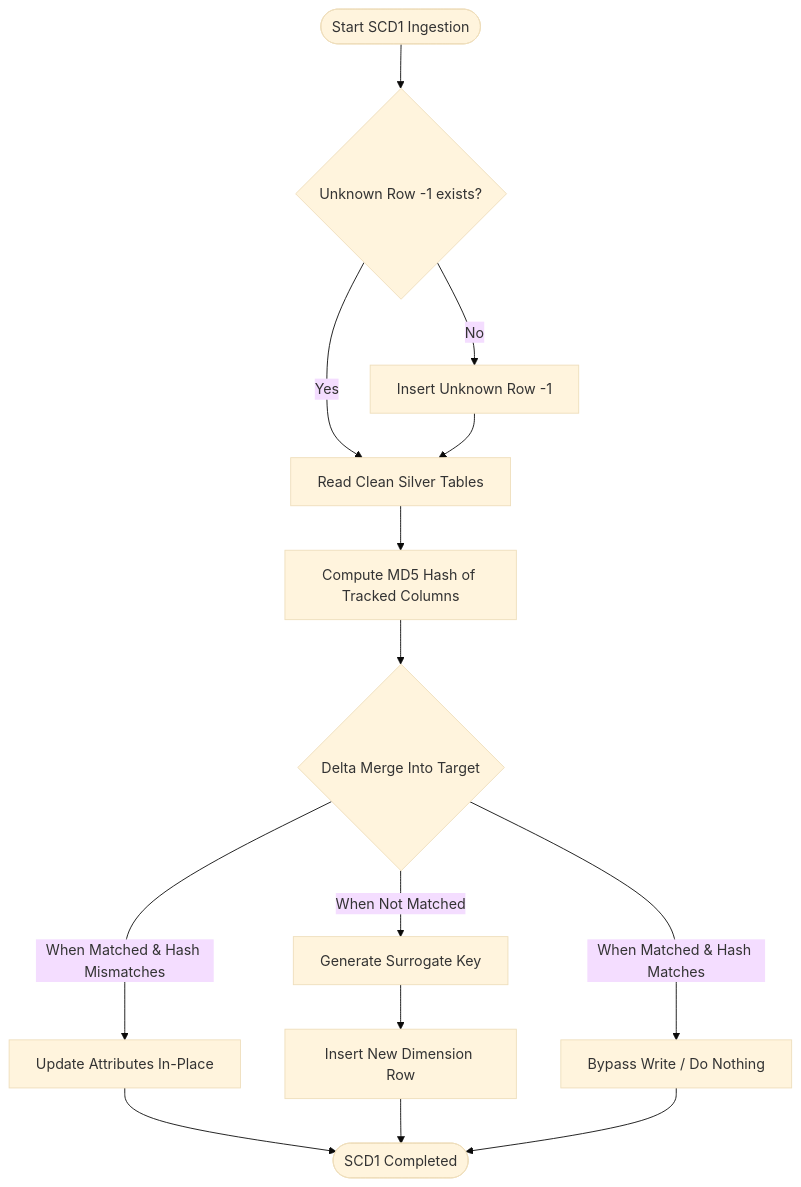
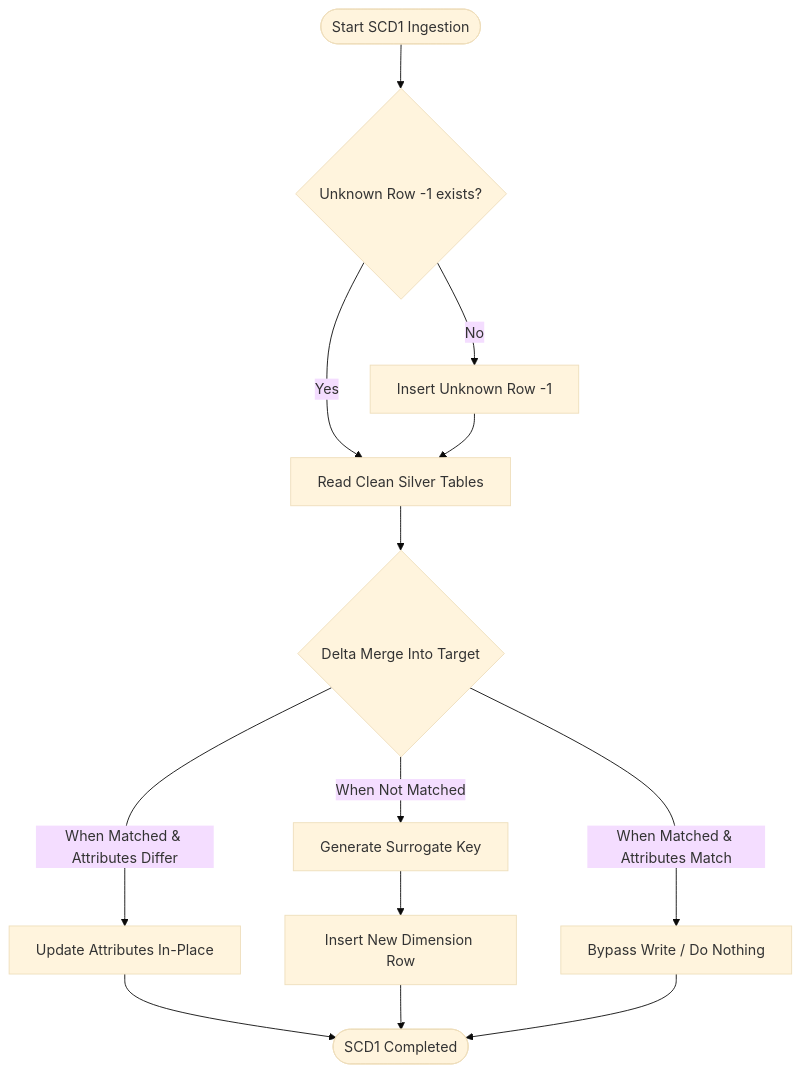
Before and after one commit to anhtnt90dev/rookies-data-dn-2026: the diagram in docs/fabric-strategy-for-implementing-gold-layer/03-scd1-dimensions.md, drawn with Mermaid (base theme). The commit also changed other lines of this file and 10 other files, not shown here.

````diff
--- a/docs/fabric-strategy-for-implementing-gold-layer/03-scd1-dimensions.md
+++ b/docs/fabric-strategy-for-implementing-gold-layer/03-scd1-dimensions.md
@@ -41,16 +41,15 @@
 ```mermaid
 graph TD
     Start([Start SCD1 Ingestion]) --> CheckUnknown{Unknown Row -1 exists?}
     CheckUnknown -- No --> InsertUnknown[Insert Unknown Row -1]
     CheckUnknown -- Yes --> ReadSource[Read Clean Silver Tables]
     InsertUnknown --> ReadSource
-    ReadSource --> HashCheck[Compute MD5 Hash of Tracked Columns]
-    HashCheck --> MergeOp{Delta Merge Into Target}
+    ReadSource --> MergeOp{Delta Merge Into Target}
     
-    MergeOp -->|When Matched & Hash Mismatches| UpdateInPlace[Update Attributes In-Place]
-    MergeOp -->|When Matched & Hash Matches| BypassWrite[Bypass Write / Do Nothing]
+    MergeOp -->|When Matched & Attributes Differ| UpdateInPlace[Update Attributes In-Place]
+    MergeOp -->|When Matched & Attributes Match| BypassWrite[Bypass Write / Do Nothing]
     MergeOp -->|When Not Matched| GenerateSK[Generate Surrogate Key]
     
     GenerateSK --> InsertRow[Insert New Dimension Row]
     UpdateInPlace & InsertRow & BypassWrite --> End([SCD1 Completed])
 ```
````
